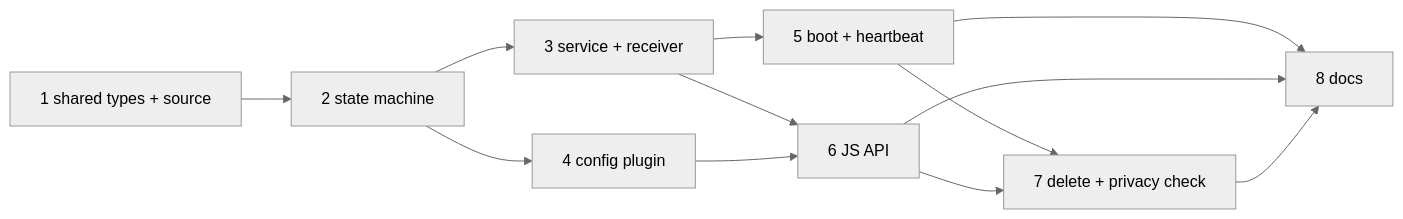
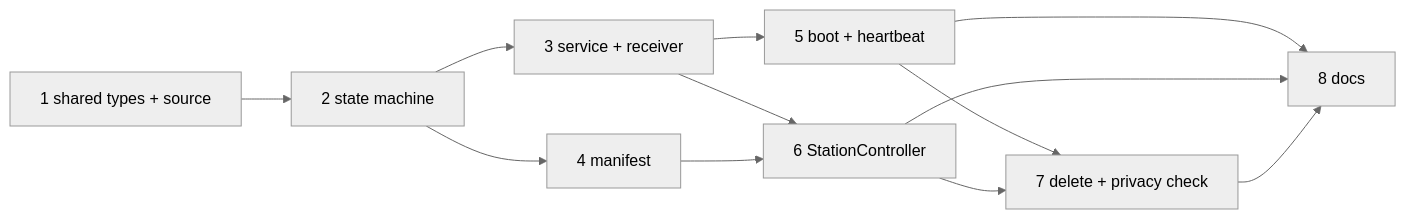
One commit to 3akare/outage changed the diagram in .kiro/specs/station-mode/tasks.md. Above: the diagram before and after it, drawn with Mermaid (neutral theme). The commit also changed other lines of this file and 108 other files, not shown here.

````diff
--- a/.kiro/specs/station-mode/tasks.md
+++ b/.kiro/specs/station-mode/tasks.md
@@ -53,14 +53,14 @@
 ```mermaid
 graph LR
     T1[1 shared types + source] --> T2[2 state machine]
     T2 --> T3[3 service + receiver]
-    T2 --> T4[4 config plugin]
+    T2 --> T4[4 manifest]
     T3 --> T5[5 boot + heartbeat]
-    T3 --> T6[6 JS API]
+    T3 --> T6[6 StationController]
     T4 --> T6
     T5 --> T7[7 delete + privacy check]
     T6 --> T7
     T5 --> T8[8 docs]
     T6 --> T8
     T7 --> T8
 ```
````
